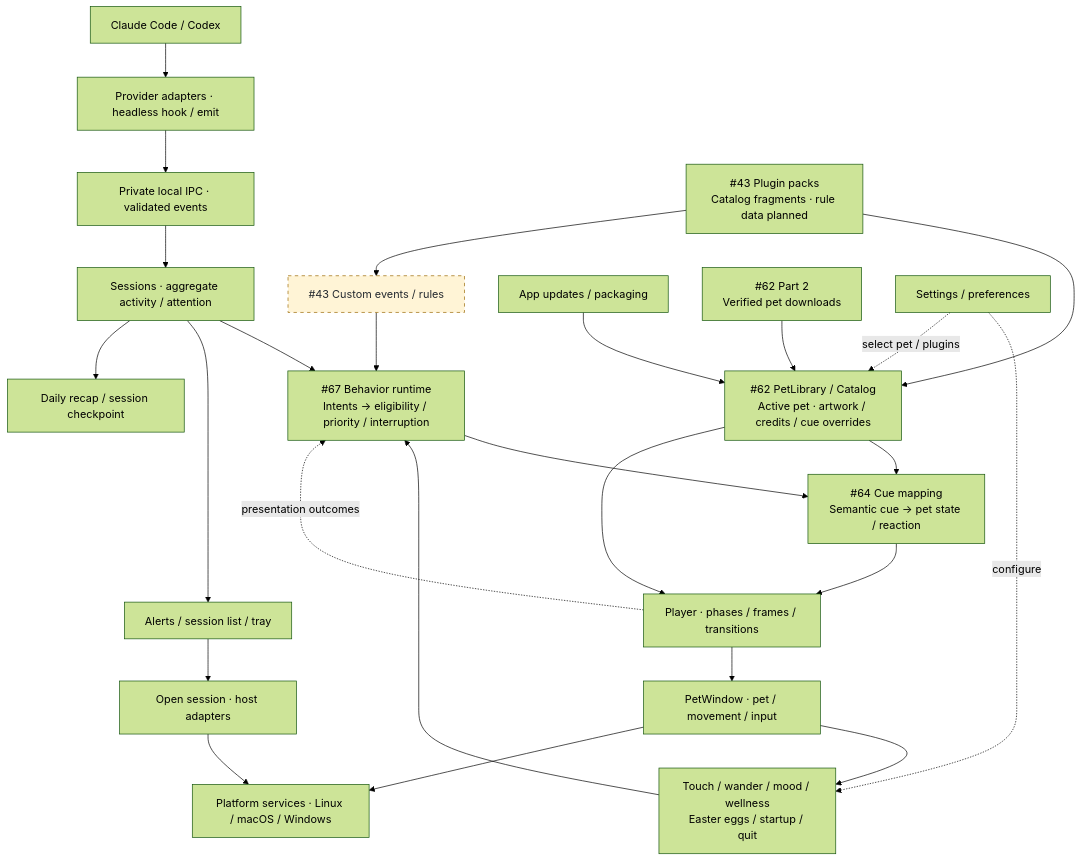
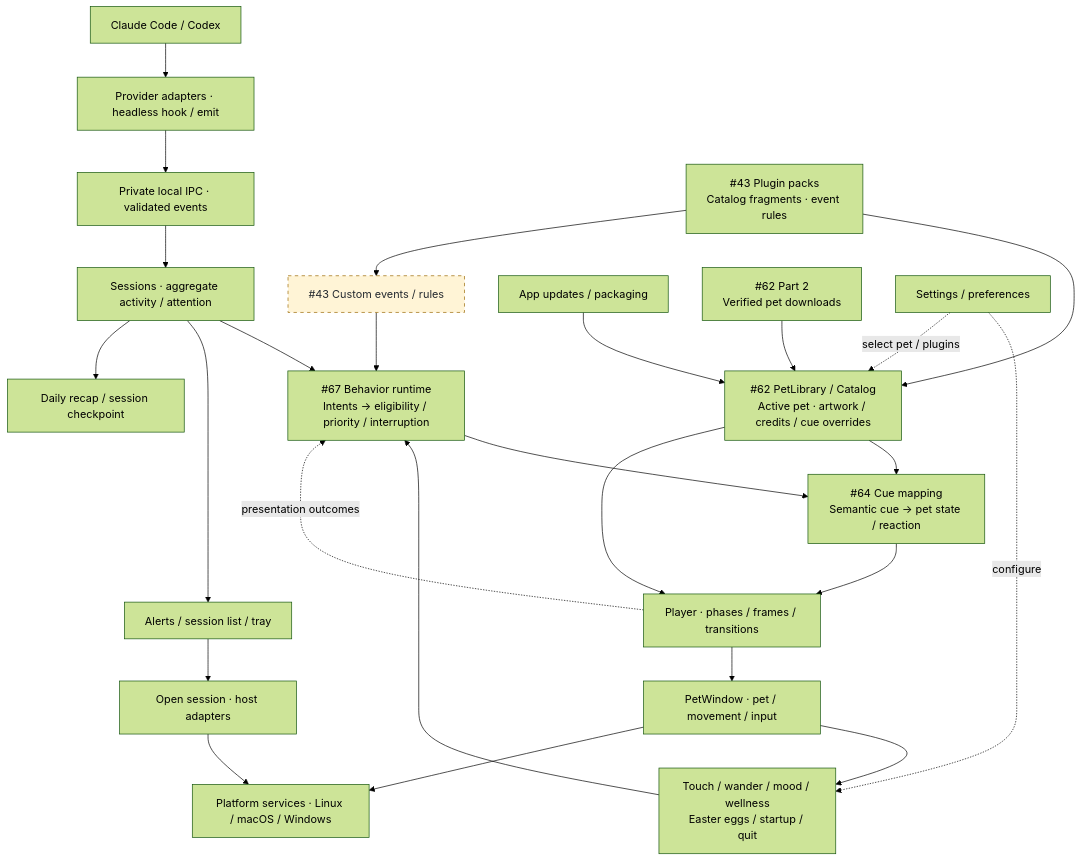
One commit to WindyWin/vpet-agent-pet changed the first of 2 diagrams in README.md. Above: the diagram before and after it, drawn with Mermaid (forest theme). The commit also changed other lines of this file and 28 other files, not shown here.

First line of the commit message:
Add custom events and plugin event rules (#43 phase 2)

````diff
--- a/README.md
+++ b/README.md
@@ -224,32 +224,32 @@
 ```mermaid
 flowchart TB
   agents["Claude Code / Codex"] --> input["Provider adapters · headless hook / emit"]
   input --> ipc["Private local IPC · validated events"]
   ipc --> sessions["Sessions · aggregate activity / attention"]
   sessions --> runtime["#67 Behavior runtime<br/>Intents → eligibility / priority / interruption"]
   life["Touch / wander / mood / wellness<br/>Easter eggs / startup / quit"] --> runtime
   custom["#43 Custom events / rules"] --> runtime
   runtime --> cues["#64 Cue mapping<br/>Semantic cue → pet state / reaction"]
   cues --> player["Player · phases / frames / transitions"]
   player --> window["PetWindow · pet / movement / input"]
   player -. presentation outcomes .-> runtime
   window --> life
 
   sessions --> alerts["Alerts / session list / tray"]
   alerts --> focus["Open session · host adapters"]
   focus --> platform["Platform services · Linux / macOS / Windows"]
   window --> platform
   sessions --> recap["Daily recap / session checkpoint"]
 
   packs["#62 PetLibrary / Catalog<br/>Active pet · artwork / credits / cue overrides"] --> cues
   packs --> player
-  plugins["#43 Plugin packs<br/>Catalog fragments · rule data planned"] --> packs
+  plugins["#43 Plugin packs<br/>Catalog fragments · event rules"] --> packs
   plugins --> custom
   updates["App updates / packaging"] --> packs
   downloads["#62 Part 2<br/>Verified pet downloads"] --> packs
   settings["Settings / preferences"] -. configure .-> life
   settings -. select pet / plugins .-> packs
 
   classDef planned fill:#fff4d6,stroke:#9a6700,stroke-dasharray:5 5,color:#24292f
   class custom planned
 ```
````
